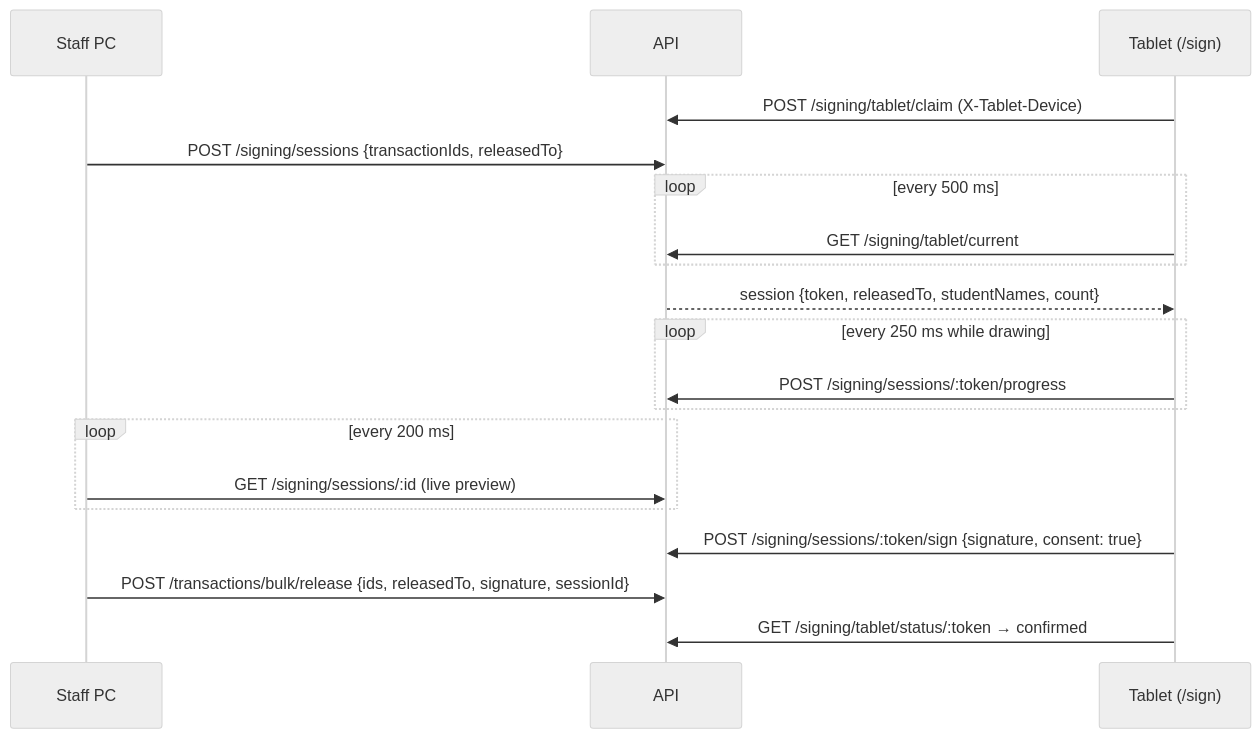
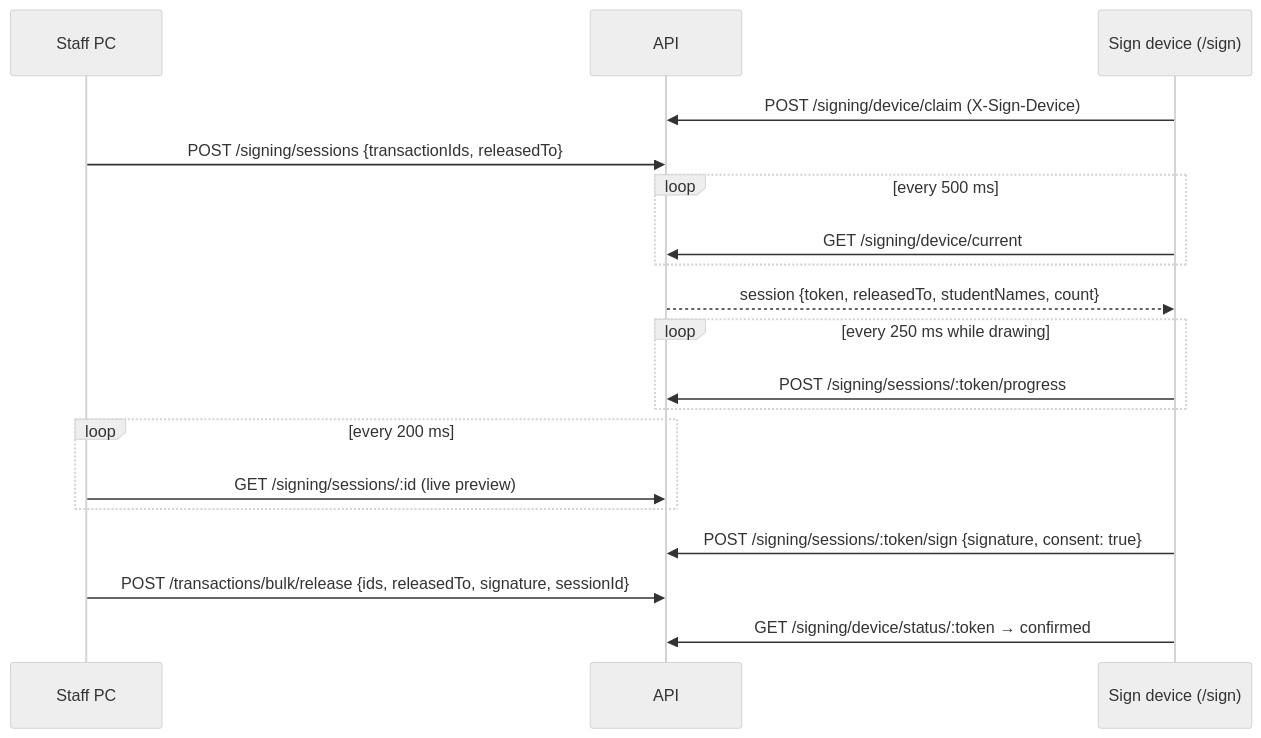
One commit to paopao-GG/registrar-management-tracking-system changed the fourth of 4 diagrams in docs/TECHNICAL_DESIGN.md. Above: the diagram before and after it, drawn with Mermaid (neutral theme). The commit also changed other lines of this file and 25 other files, not shown here.

First line of the commit message:
feat: two-step mobile sign page and device-neutral signing

````diff
--- a/docs/TECHNICAL_DESIGN.md
+++ b/docs/TECHNICAL_DESIGN.md
@@ -171,21 +171,21 @@
 ```mermaid
 sequenceDiagram
   participant S as Staff PC
   participant API
-  participant T as Tablet (/sign)
-  T->>API: POST /signing/tablet/claim (X-Tablet-Device)
+  participant T as Sign device (/sign)
+  T->>API: POST /signing/device/claim (X-Sign-Device)
   S->>API: POST /signing/sessions {transactionIds, releasedTo}
   loop every 500 ms
-    T->>API: GET /signing/tablet/current
+    T->>API: GET /signing/device/current
   end
   API-->>T: session {token, releasedTo, studentNames, count}
   loop every 250 ms while drawing
     T->>API: POST /signing/sessions/:token/progress
   end
   loop every 200 ms
     S->>API: GET /signing/sessions/:id (live preview)
   end
   T->>API: POST /signing/sessions/:token/sign {signature, consent: true}
   S->>API: POST /transactions/bulk/release {ids, releasedTo, signature, sessionId}
-  T->>API: GET /signing/tablet/status/:token → confirmed
+  T->>API: GET /signing/device/status/:token → confirmed
 ```
````
